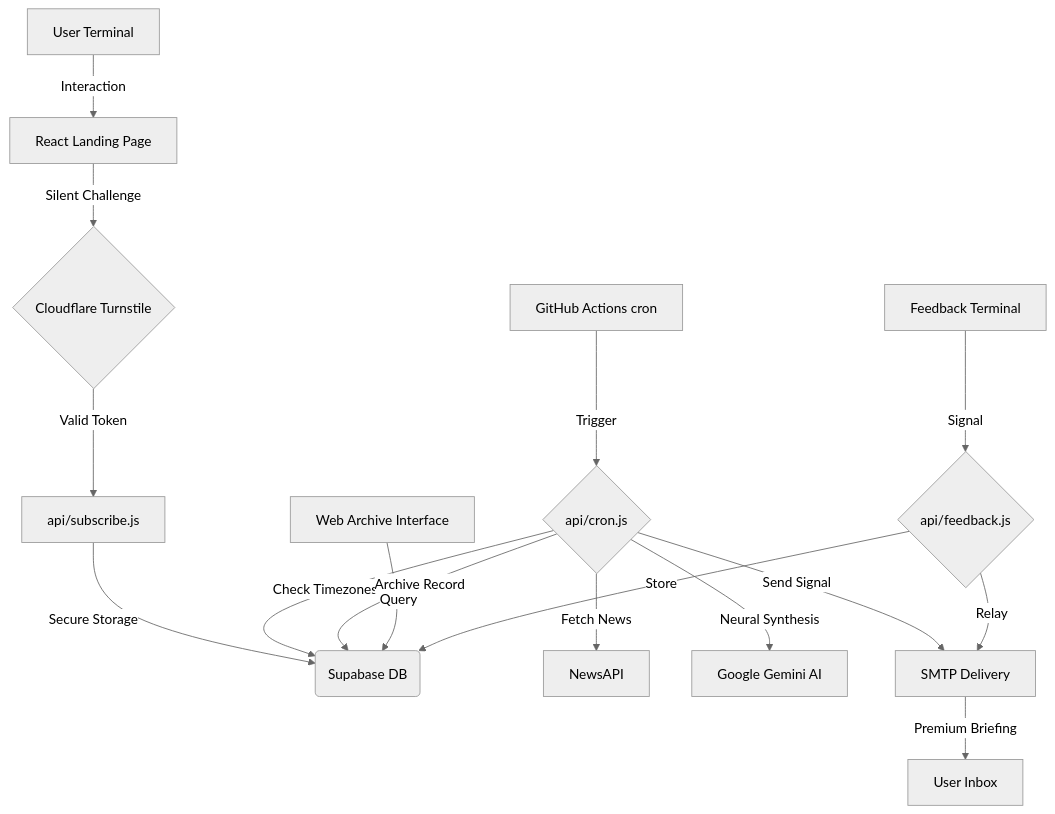
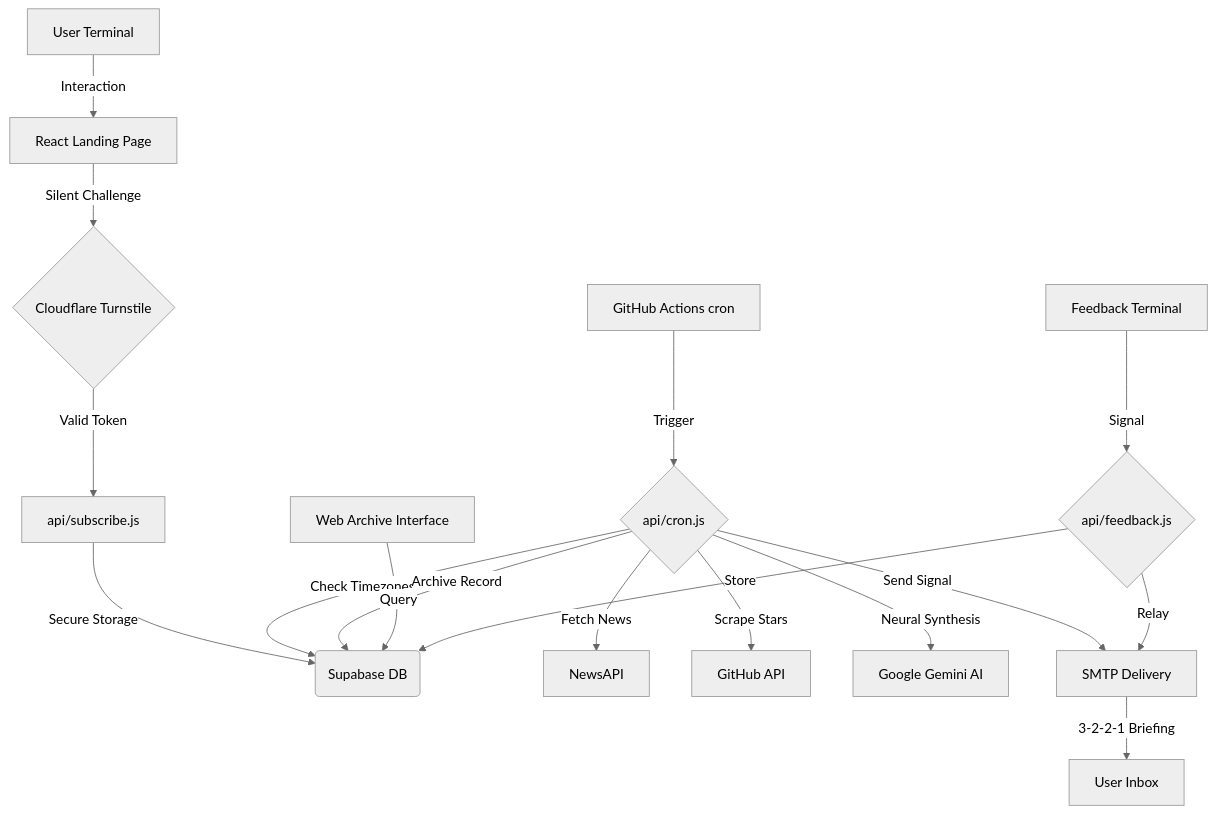
The diagram in README.md (MuhammadUsmanGM/NewsLetter), drawn with Mermaid (neutral theme) before and after one commit. The commit also changed other lines of this file, not shown here.

Commit message:
update: README.md

````diff
--- a/README.md
+++ b/README.md
@@ -42,21 +43,22 @@
 ```mermaid
 graph TD
     A[User Terminal] -->|Interaction| B[React Landing Page]
     B -->|Silent Challenge| C{Cloudflare Turnstile}
     C -->|Valid Token| D[api/subscribe.js]
     D -->|Secure Storage| E(Supabase DB)
     
     F[GitHub Actions cron] -->|Trigger| G{api/cron.js}
     G -->|Fetch News| H[NewsAPI]
-    G -->|Neural Synthesis| I[Google Gemini AI]
+    G -->|Scrape Stars| I[GitHub API]
+    G -->|Neural Synthesis| J[Google Gemini AI]
     G -->|Check Timezones| E
-    G -->|Send Signal| J[SMTP Delivery]
+    G -->|Send Signal| K[SMTP Delivery]
     G -->|Archive Record| E
     
-    J -->|Premium Briefing| K[User Inbox]
+    K -->|3-2-2-1 Briefing| L[User Inbox]
     
-    L[Web Archive Interface] -->|Query| E
-    M[Feedback Terminal] -->|Signal| N{api/feedback.js}
-    N -->|Relay| J
-    N -->|Store| E
+    M[Web Archive Interface] -->|Query| E
+    N[Feedback Terminal] -->|Signal| O{api/feedback.js}
+    O -->|Relay| K
+    O -->|Store| E
 ```
````
